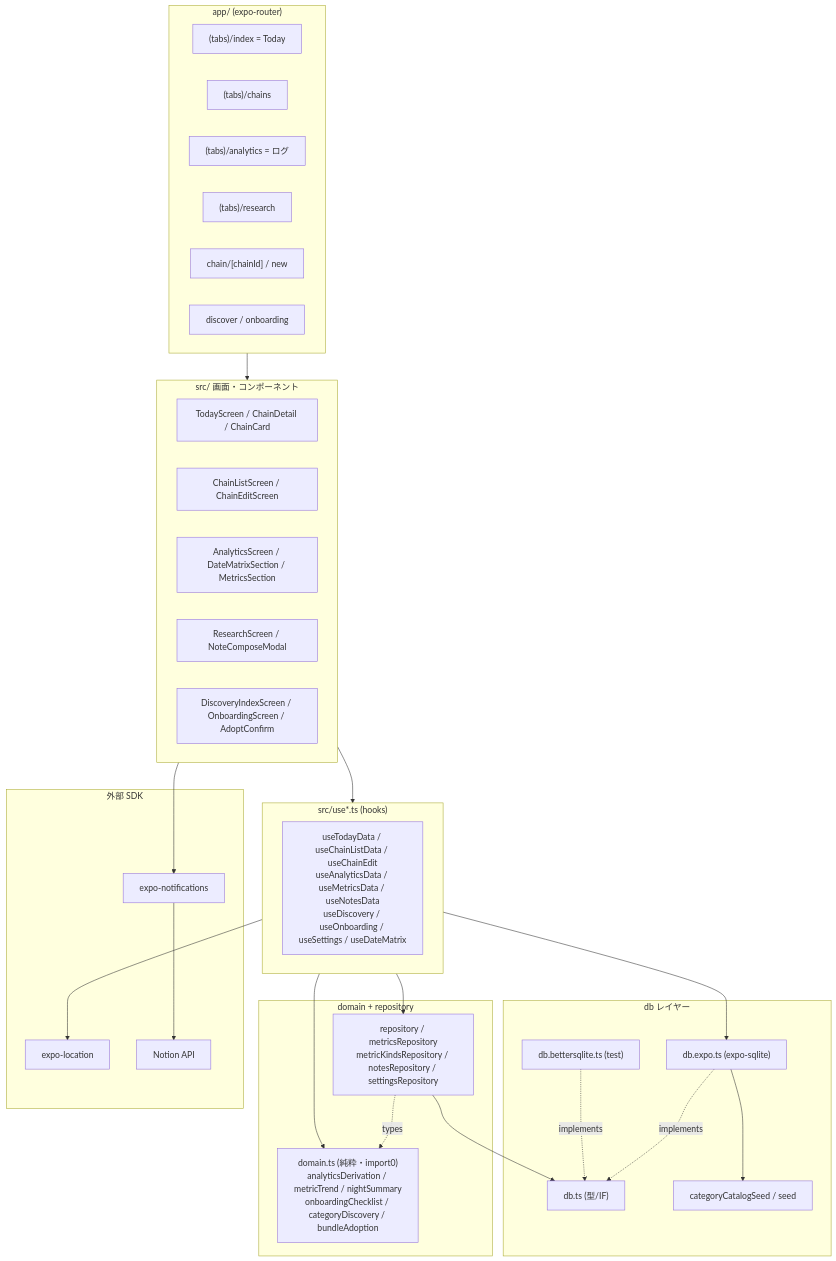
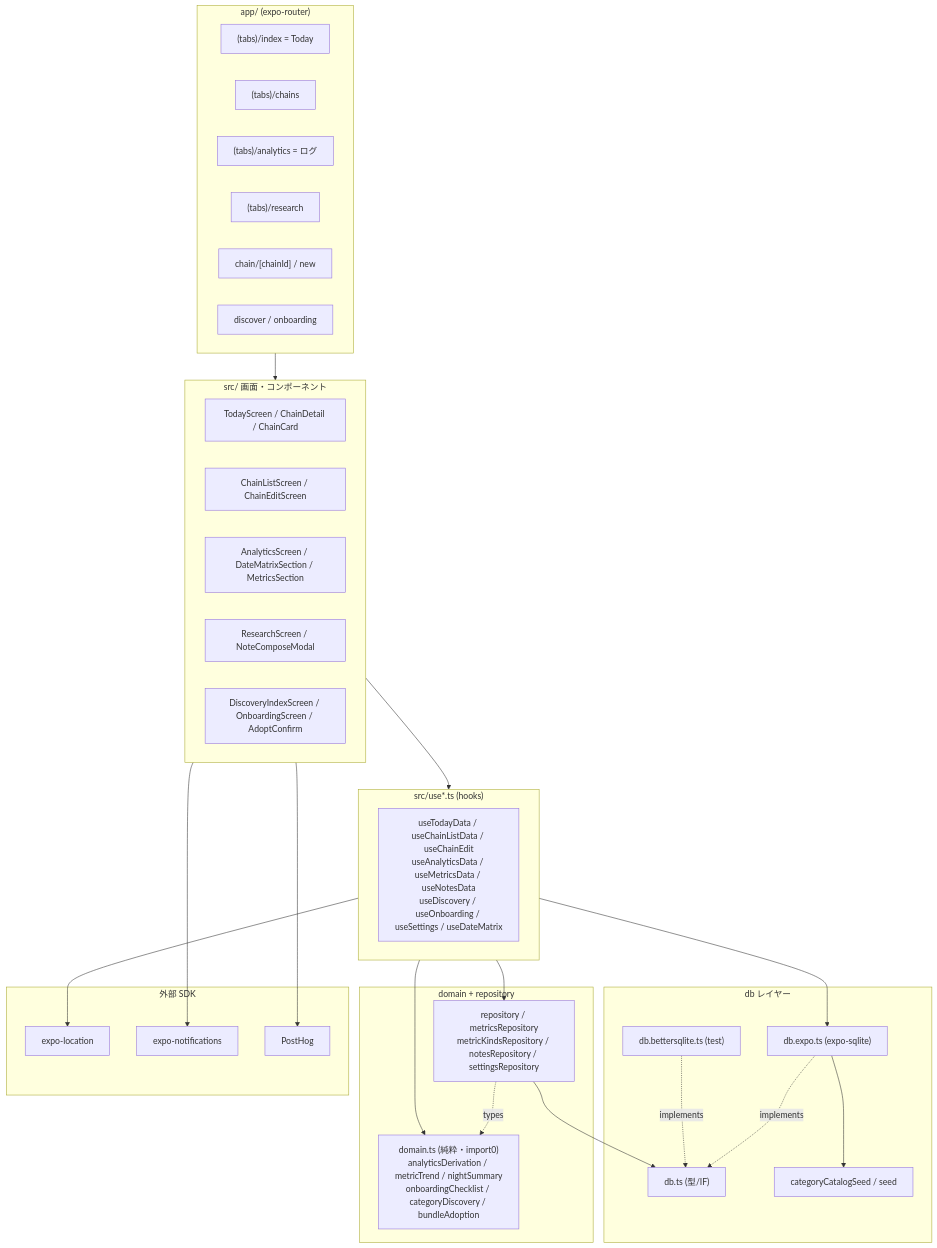
Before and after one commit to nokku-dev/knockon: the first of 2 diagrams in understanding-map.md, drawn with Mermaid. The commit also changed other lines of this file and 27 other files, not shown here.

````diff
--- a/understanding-map.md
+++ b/understanding-map.md
@@ -67,55 +66,55 @@
 ```mermaid
 graph TD
   subgraph routes["app/ (expo-router)"]
     RToday["(tabs)/index = Today"]
     RChains["(tabs)/chains"]
     RLog["(tabs)/analytics = ログ"]
     RResearch["(tabs)/research"]
     RChainId["chain/[chainId] / new"]
     RDiscover["discover / onboarding"]
   end
 
   subgraph screens["src/ 画面・コンポーネント"]
     Today["TodayScreen / ChainDetail / ChainCard"]
     Chains["ChainListScreen / ChainEditScreen"]
     Analytics["AnalyticsScreen / DateMatrixSection / MetricsSection"]
     Research["ResearchScreen / NoteComposeModal"]
     Disc["DiscoveryIndexScreen / OnboardingScreen / AdoptConfirm"]
   end
 
   subgraph hooks["src/use*.ts (hooks)"]
     H["useTodayData / useChainListData / useChainEdit\nuseAnalyticsData / useMetricsData / useNotesData\nuseDiscovery / useOnboarding / useSettings / useDateMatrix"]
   end
 
   subgraph logic["domain + repository"]
     Domain["domain.ts (純粋・import0)\nanalyticsDerivation / metricTrend / nightSummary\nonboardingChecklist / categoryDiscovery / bundleAdoption"]
     Repo["repository / metricsRepository\nmetricKindsRepository / notesRepository / settingsRepository"]
   end
 
   subgraph data["db レイヤー"]
     DbIf["db.ts (型/IF)"]
     DbExpo["db.expo.ts (expo-sqlite)"]
     DbTest["db.bettersqlite.ts (test)"]
     Seed["categoryCatalogSeed / seed"]
   end
 
   subgraph ext["外部 SDK"]
     Loc["expo-location"]
     Notif["expo-notifications"]
-    Notion["Notion API"]
+    PostHog["PostHog"]
   end
 
   routes --> screens
   screens --> hooks
   hooks --> Domain
   hooks --> Repo
   hooks --> Loc
   Repo --> DbIf
   DbExpo -.implements.-> DbIf
   DbTest -.implements.-> DbIf
   DbExpo --> Seed
   hooks --> DbExpo
   Repo -.types.-> Domain
   screens --> Notif
-  Notif --> Notion
+  screens --> PostHog
 ```
````
